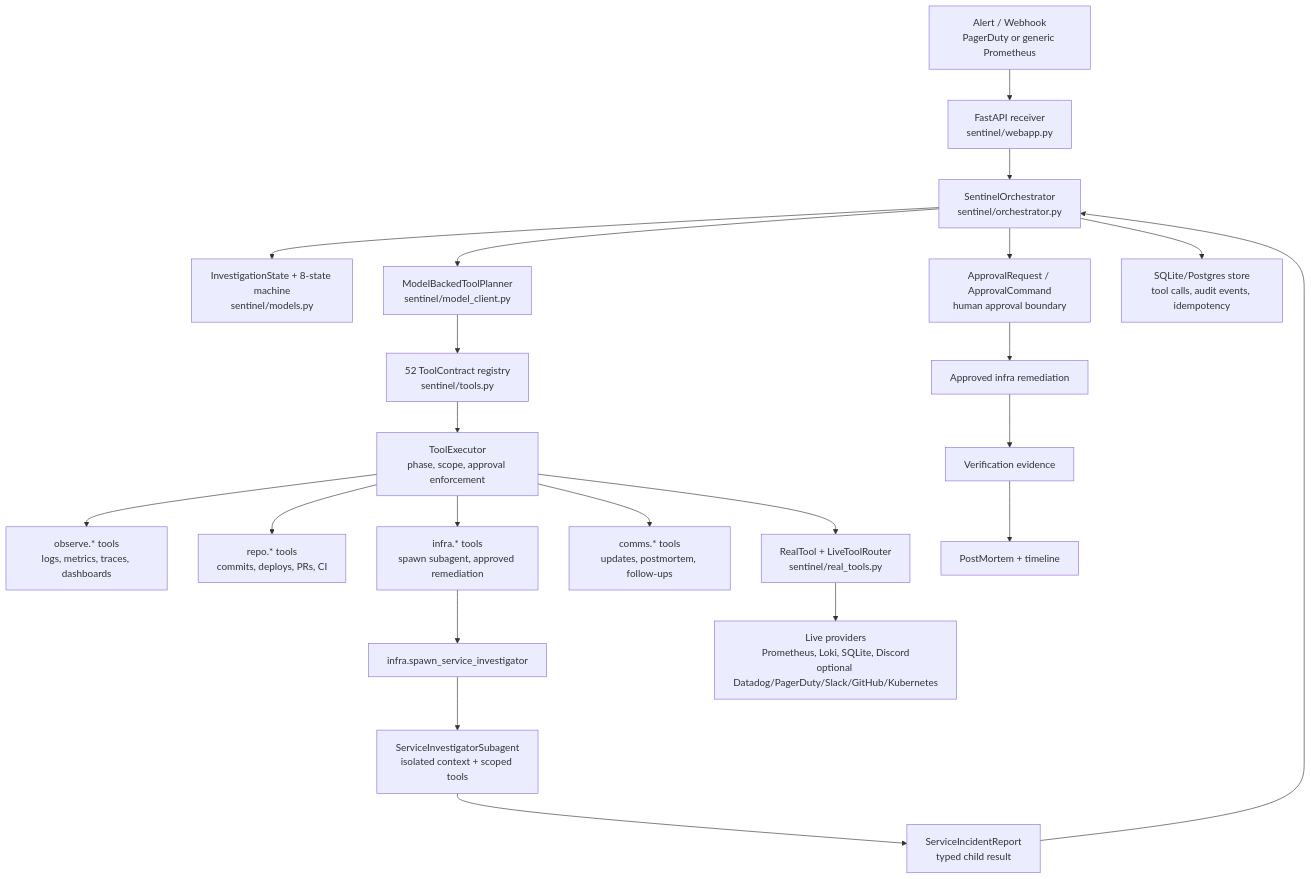
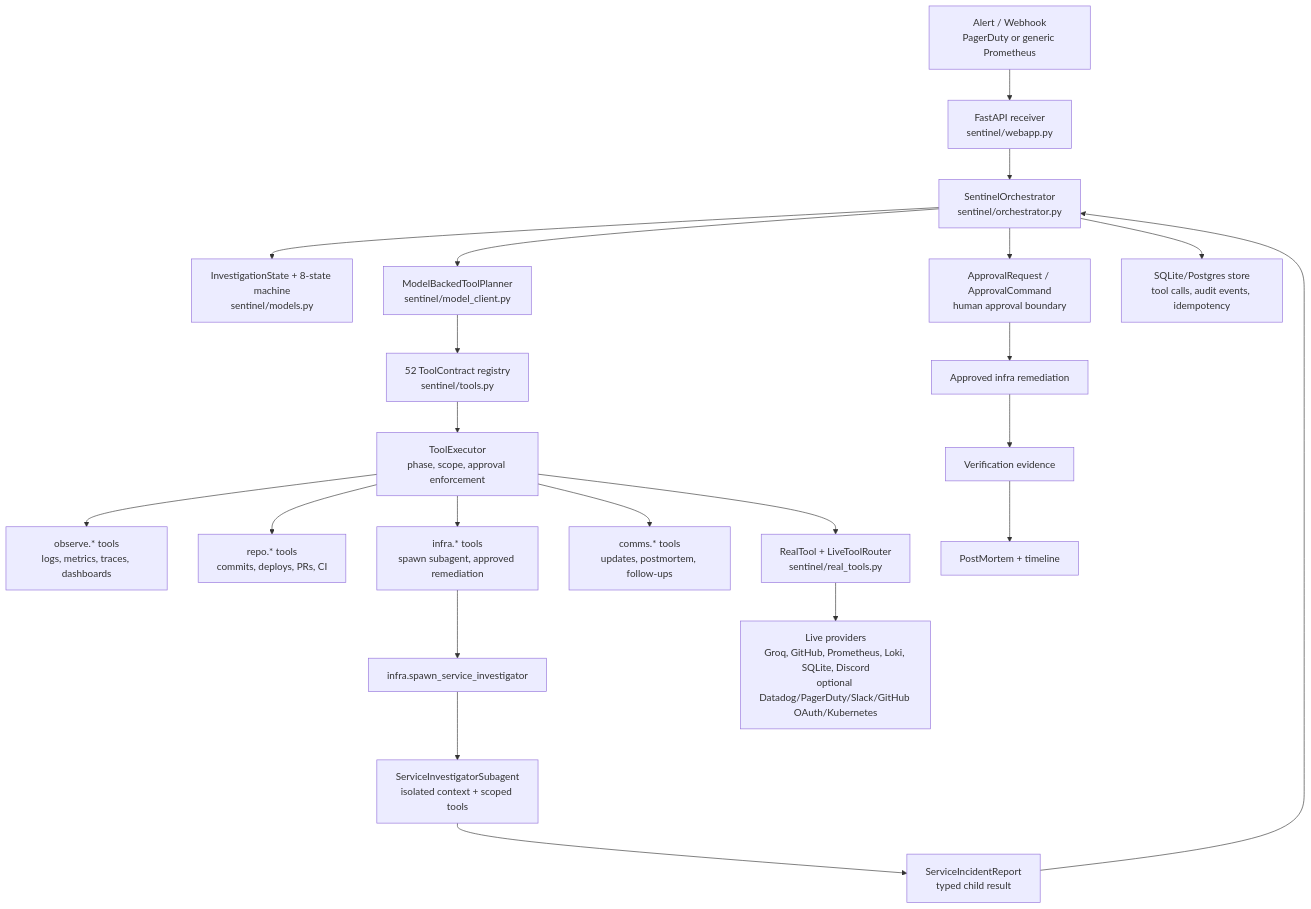
The diagram in architecture.md (VasuBansal7576/sentinel-incident-agent), drawn with Mermaid before and after one commit. The commit also changed other lines of this file and 7 other files, not shown here.

````diff
--- a/architecture.md
+++ b/architecture.md
@@ -9,28 +9,28 @@
 ```mermaid
 flowchart TD
     Alert["Alert / Webhook<br/>PagerDuty or generic Prometheus"] --> Web["FastAPI receiver<br/>sentinel/webapp.py"]
     Web --> Orchestrator["SentinelOrchestrator<br/>sentinel/orchestrator.py"]
     Orchestrator --> State["InvestigationState + 8-state machine<br/>sentinel/models.py"]
     Orchestrator --> Planner["ModelBackedToolPlanner<br/>sentinel/model_client.py"]
     Planner --> Registry["52 ToolContract registry<br/>sentinel/tools.py"]
     Registry --> Executor["ToolExecutor<br/>phase, scope, approval enforcement"]
 
     Executor --> Observe["observe.* tools<br/>logs, metrics, traces, dashboards"]
     Executor --> Repo["repo.* tools<br/>commits, deploys, PRs, CI"]
     Executor --> Infra["infra.* tools<br/>spawn subagent, approved remediation"]
     Executor --> Comms["comms.* tools<br/>updates, postmortem, follow-ups"]
 
     Infra --> Spawn["infra.spawn_service_investigator"]
     Spawn --> Subagent["ServiceInvestigatorSubagent<br/>isolated context + scoped tools"]
     Subagent --> Report["ServiceIncidentReport<br/>typed child result"]
     Report --> Orchestrator
 
     Executor --> LiveRouter["RealTool + LiveToolRouter<br/>sentinel/real_tools.py"]
-    LiveRouter --> Providers["Live providers<br/>Prometheus, Loki, SQLite, Discord<br/>optional Datadog/PagerDuty/Slack/GitHub/Kubernetes"]
+    LiveRouter --> Providers["Live providers<br/>Groq, GitHub, Prometheus, Loki, SQLite, Discord<br/>optional Datadog/PagerDuty/Slack/GitHub OAuth/Kubernetes"]
 
     Orchestrator --> Approval["ApprovalRequest / ApprovalCommand<br/>human approval boundary"]
     Approval --> Remediation["Approved infra remediation"]
     Remediation --> Verify["Verification evidence"]
     Verify --> Postmortem["PostMortem + timeline"]
     Orchestrator --> Store["SQLite/Postgres store<br/>tool calls, audit events, idempotency"]
 ```
````
